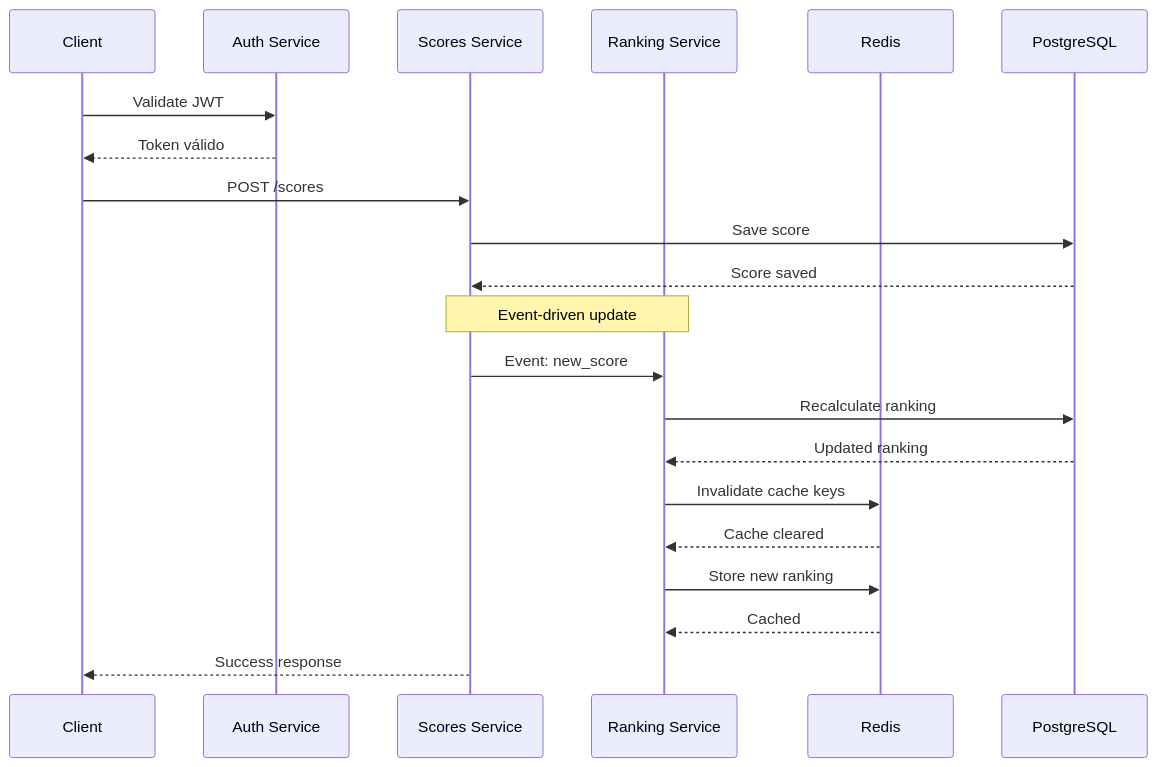
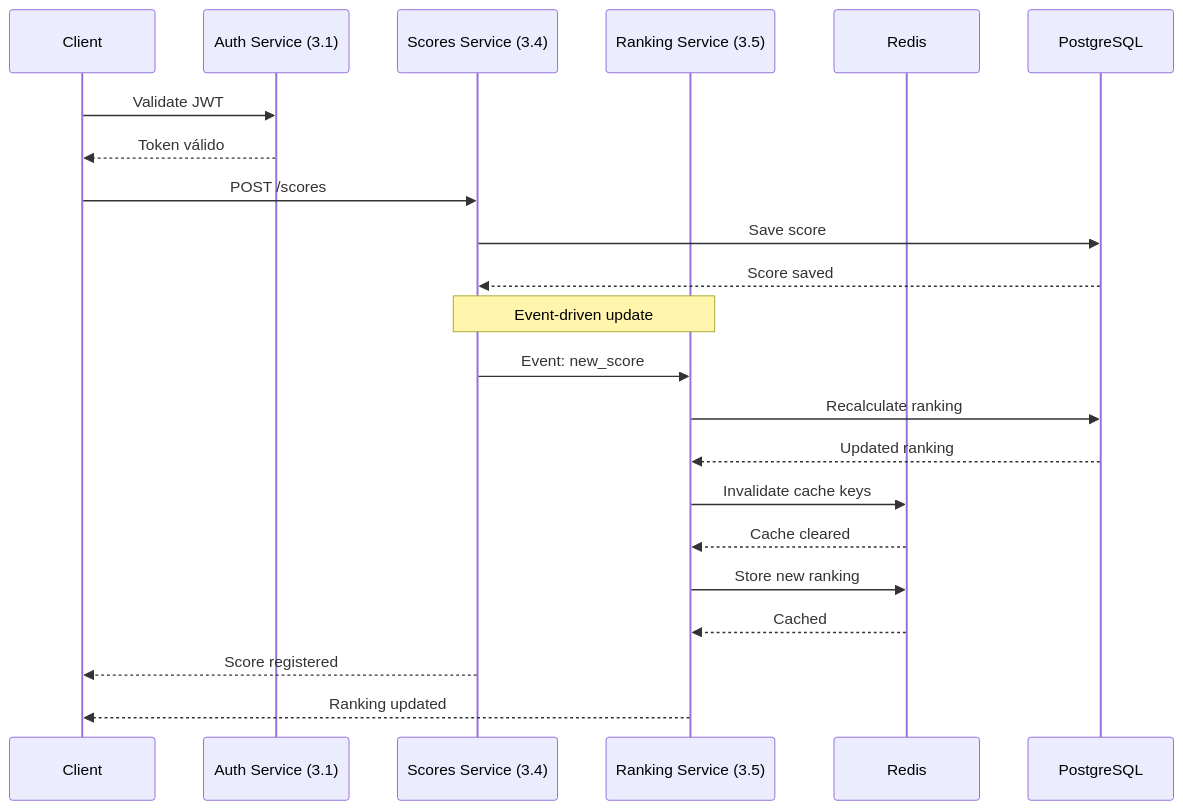
The diagram in services/ranking-service.mdx (retrogamecloud/docs), drawn with Mermaid before and after one commit. The commit also changed other lines of this file and 23 other files, not shown here.

````diff
--- a/services/ranking-service.mdx
+++ b/services/ranking-service.mdx
@@ -52,31 +51,31 @@
 ```mermaid
 sequenceDiagram
     participant Client
-    participant Auth as Auth Service
-    participant Scores as Scores Service
-    participant Ranking as Ranking Service
+    participant Auth as Auth Service (3.1)
+    participant Scores as Scores Service (3.4)
+    participant Ranking as Ranking Service (3.5)
     participant Redis
     participant DB as PostgreSQL
 
     Client->>Auth: Validate JWT
     Auth-->>Client: Token válido
 
     Client->>Scores: POST /scores
     Scores->>DB: Save score
     DB-->>Scores: Score saved
 
     Note over Scores,Ranking: Event-driven update
     Scores->>Ranking: Event: new_score
 
     Ranking->>DB: Recalculate ranking
     DB-->>Ranking: Updated ranking
 
     Ranking->>Redis: Invalidate cache keys
     Redis-->>Ranking: Cache cleared
 
     Ranking->>Redis: Store new ranking
     Redis-->>Ranking: Cached
 
-    Scores-->>Client: Success response
-
+    Scores-->>Client: Score registered
+    Ranking-->>Client: Ranking updated
 ```
````
